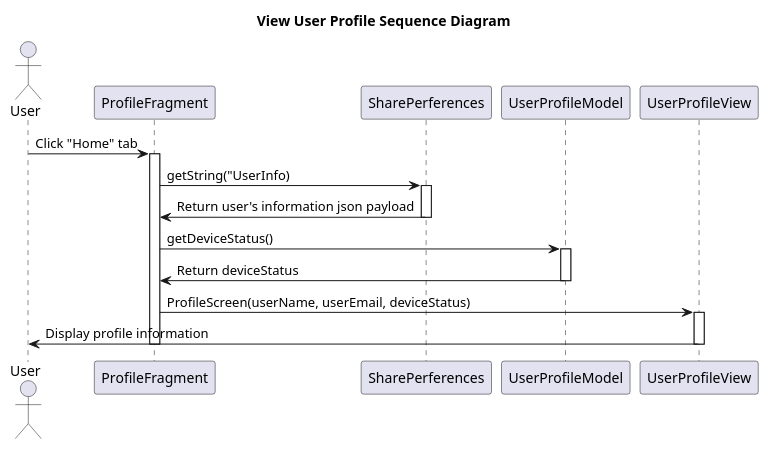
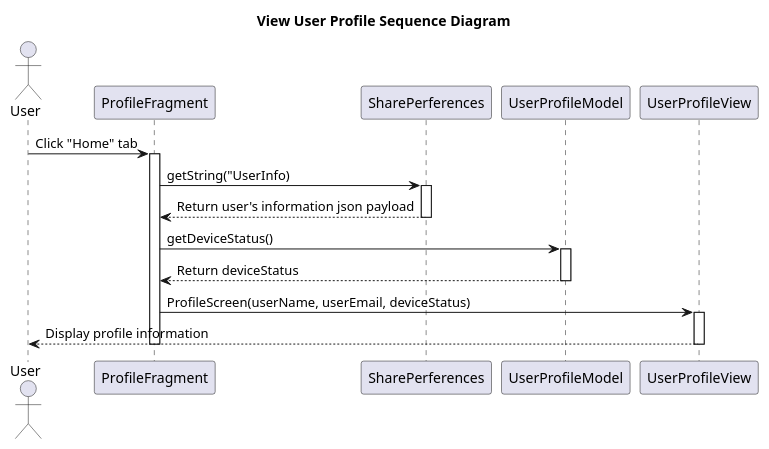
The diagram in ClassDiagram/MobileDiagram/UserProfileManagement/ViewUserProfileSequenceDiagram.plantuml (Caothuludau/InSyncDocument), drawn with PlantUML before and after one commit. The commit also changed 14 other files, not shown here.

```diff
--- a/ClassDiagram/MobileDiagram/UserProfileManagement/ViewUserProfileSequenceDiagram.plantuml
+++ b/ClassDiagram/MobileDiagram/UserProfileManagement/ViewUserProfileSequenceDiagram.plantuml
@@ -1,26 +1,26 @@
 @startuml ViewUserProfileSequenceDiagram
 Title View User Profile Sequence Diagram
 
 actor User
 
 User -> ProfileFragment : Click "Home" tab
 activate ProfileFragment
 
 ProfileFragment -> SharePerferences : getString("UserInfo)
 activate SharePerferences
-SharePerferences -> ProfileFragment : Return user's information json payload
+SharePerferences --> ProfileFragment : Return user's information json payload
 deactivate SharePerferences
 
 ProfileFragment -> UserProfileModel : getDeviceStatus()
 activate UserProfileModel
-UserProfileModel -> ProfileFragment : Return deviceStatus
+UserProfileModel --> ProfileFragment : Return deviceStatus
 deactivate UserProfileModel
 
 ProfileFragment -> UserProfileView : ProfileScreen(userName, userEmail, deviceStatus)
 activate UserProfileView
-UserProfileView -> User : Display profile information
+UserProfileView --> User : Display profile information
 deactivate UserProfileView
 
 deactivate ProfileFragment
 
 @enduml
```
